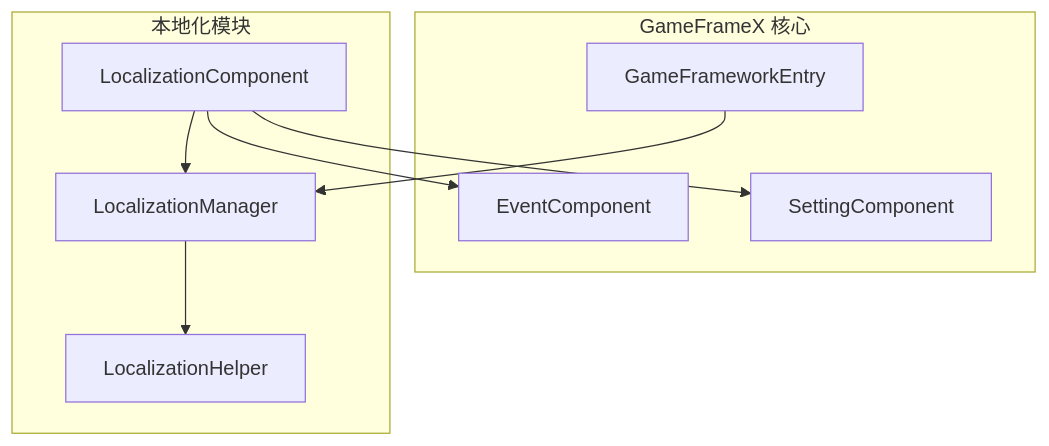
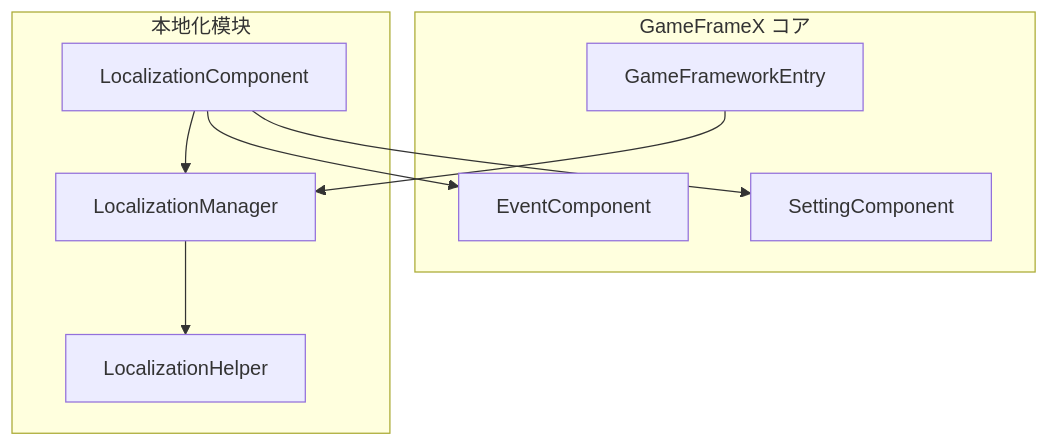
Before and after one commit to AlianBlank/GameFrameX.Docs: the first of 3 diagrams in docs/ja/client/unity/component/localization/03.getting-started.md, drawn with Mermaid. The commit also changed other lines of this file and 603 other files, not shown here.

````diff
--- a/docs/ja/client/unity/component/localization/03.getting-started.md
+++ b/docs/ja/client/unity/component/localization/03.getting-started.md
@@ -16,20 +16,20 @@
 ```mermaid
 flowchart TD
-    subgraph GameFrameX["GameFrameX 核心"]
+    subgraph GameFrameX["GameFrameX コア"]
         GFEntry[GameFrameworkEntry]
         EventComp[EventComponent]
         SettingComp[SettingComponent]
     end
     
     subgraph Localization["本地化模块"]
         LocComp[LocalizationComponent]
         LocMgr[LocalizationManager]
         LocHelper[LocalizationHelper]
     end
     
     GFEntry --> LocMgr
     LocComp --> EventComp
     LocComp --> SettingComp
     LocComp --> LocMgr
     LocMgr --> LocHelper
 ```
````
